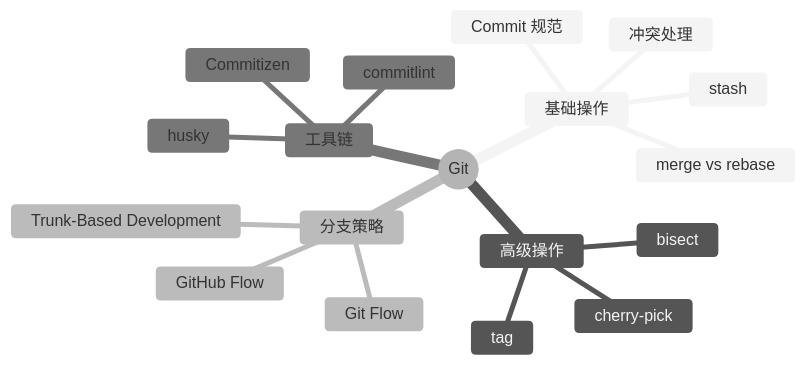
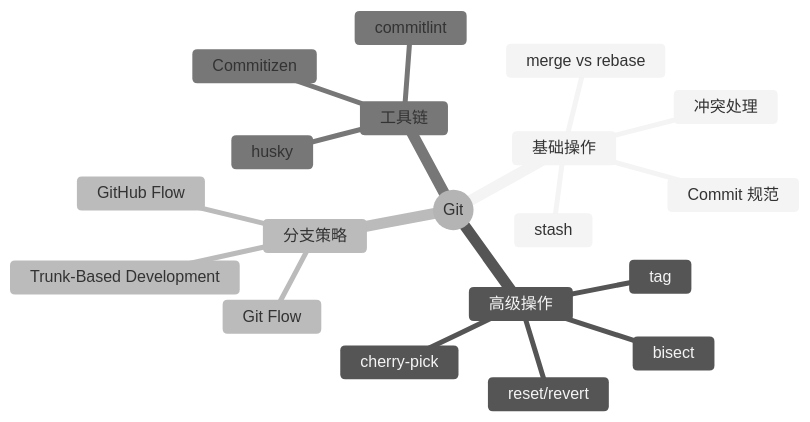
Before and after one commit to zjh42139/interview-notes: the diagram in docs/Git/index.md, drawn with Mermaid (neutral theme). The commit also changed other lines of this file and 14 other files, not shown here.

````diff
--- a/docs/Git/index.md
+++ b/docs/Git/index.md
@@ -18,21 +18,22 @@
 ```mermaid
 mindmap
   root((Git))
     基础操作
       Commit 规范
       merge vs rebase
       冲突处理
       stash
     高级操作
       cherry-pick
+      reset/revert
       bisect
       tag
     分支策略
       Git Flow
       GitHub Flow
       Trunk-Based Development
     工具链
       commitlint
       husky
       Commitizen
 ```
````
